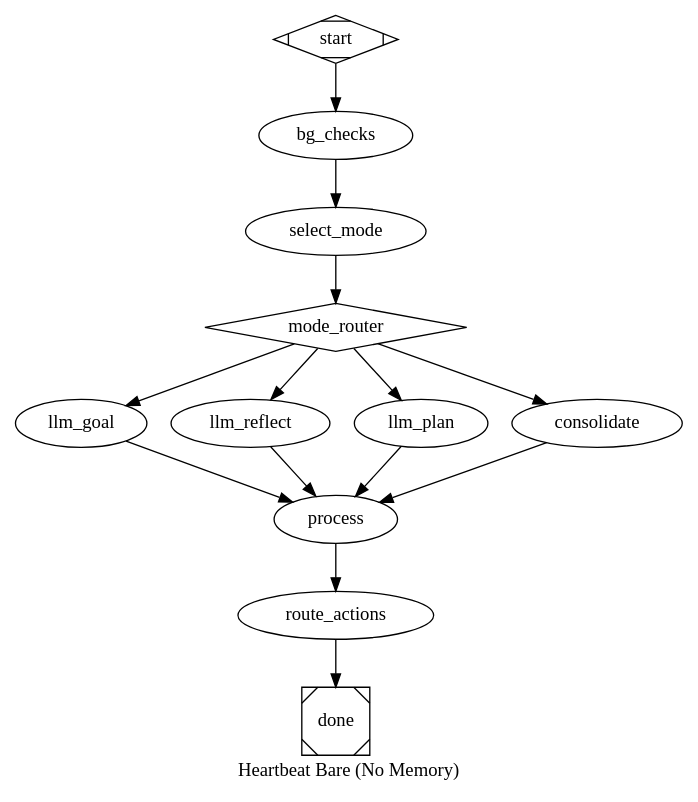
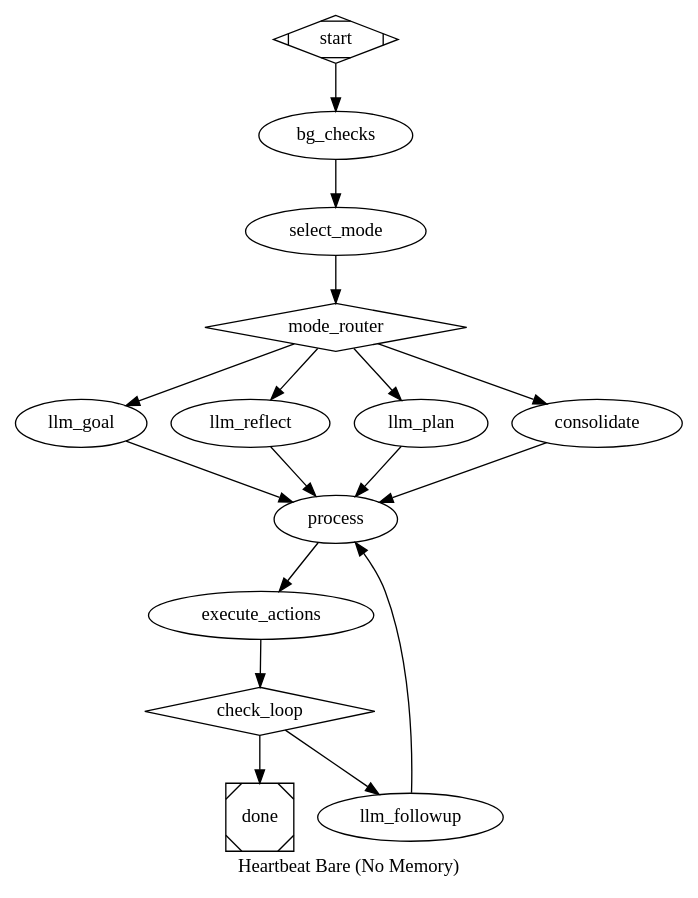
The diagram in apps/arbor_orchestrator/specs/pipelines/session/heartbeat-bare.dot (trust-arbor/arbor), drawn with Graphviz before and after one commit. The commit also changed 16 other files, not shown here.

First line of the commit message:
feat: add intra-heartbeat tool loop + action error hardening

```diff
--- a/apps/arbor_orchestrator/specs/pipelines/session/heartbeat-bare.dot
+++ b/apps/arbor_orchestrator/specs/pipelines/session/heartbeat-bare.dot
@@ -1,63 +1,79 @@
 // Heartbeat Variant: BARE — Nothing persists between heartbeats
 //
 // Same cognitive mode routing and LLM calls as the full heartbeat,
-// but the post-processing tail only routes actions. No goals, no
+// but the post-processing tail only executes actions. No goals, no
 // working memory, no identity, no decompositions persist.
 // Each heartbeat starts completely fresh — pure memoryless agent.
 //
 // Used by v3 memory ablation eval as the baseline.
+//
+// ┌─────────────────────────────────────────────────────────────────────────┐
+// │  TOOL LOOP: execute_actions -> check_loop -> llm_followup -> process   │
+// │  Same cycle as full variant — even bare agents get action feedback.    │
+// └─────────────────────────────────────────────────────────────────────────┘
 
 digraph HeartbeatBare {
   graph [
     goal="Execute one heartbeat with no memory persistence — actions only",
     label="Heartbeat Bare (No Memory)"
   ]
 
   // ── Entry ──────────────────────────────────────────────────
   start [shape=Mdiamond]
 
   // ── Background checks (memory health, timing, etc.) ───────
   bg_checks [type="session.background_checks"]
 
   // ── Cognitive mode selection ──────────────────────────────
   select_mode [type="session.mode_select"]
 
   // ── Mode routing (conditional fan-out) ────────────────────
   mode_router [shape=diamond, condition_key="cognitive_mode"]
 
   // ── Mode-specific LLM calls ──────────────────────────────
   llm_goal [type="session.llm_call", cognitive_mode="goal_pursuit"]
   llm_reflect [type="session.llm_call", cognitive_mode="reflection"]
   llm_plan [type="session.llm_call", cognitive_mode="plan_execution"]
 
   // ── Consolidation (skipped in bare but needed for routing) ─
   consolidate [type="session.consolidate"]
 
-  // ── Result processing ────────────────────────────────────
+  // ── Result processing (re-entered on tool loop cycles) ─────
   process [type="session.process_results"]
 
   // ── BARE: Actions only, nothing persists ──────────────────
-  route_actions [type="session.route_actions"]
+  execute_actions [type="session.execute_actions"]
+
+  // ── Tool loop control ──────────────────────────────────────
+  check_loop [shape=diamond, condition_key="session.has_action_results"]
+  llm_followup [type="session.llm_tool_followup"]
 
   // ── Exit ─────────────────────────────────────────────────
   done [shape=Msquare]
 
   // ══════════════════════════════════════════════════════════════
   // Flow
   // ══════════════════════════════════════════════════════════════
 
   start -> bg_checks -> select_mode -> mode_router
 
   mode_router -> llm_goal [condition="context.session.cognitive_mode=goal_pursuit"]
   mode_router -> llm_reflect [condition="context.session.cognitive_mode=reflection"]
   mode_router -> llm_plan [condition="context.session.cognitive_mode=plan_execution"]
   mode_router -> consolidate [condition="context.session.cognitive_mode=consolidation"]
 
   llm_goal -> process
   llm_reflect -> process
   llm_plan -> process
   consolidate -> process
 
-  // Bare tail: actions only
-  process -> route_actions -> done
+  // Bare tail: actions only, then tool loop check
+  process -> execute_actions -> check_loop
+
+  // Tool loop
+  check_loop -> llm_followup [condition="context.session.has_action_results=true && context.session.tool_turn<10"]
+  check_loop -> done
+
+  // ── THE CYCLE ──────────────────────────────────────────────
+  llm_followup -> process
 }
```
